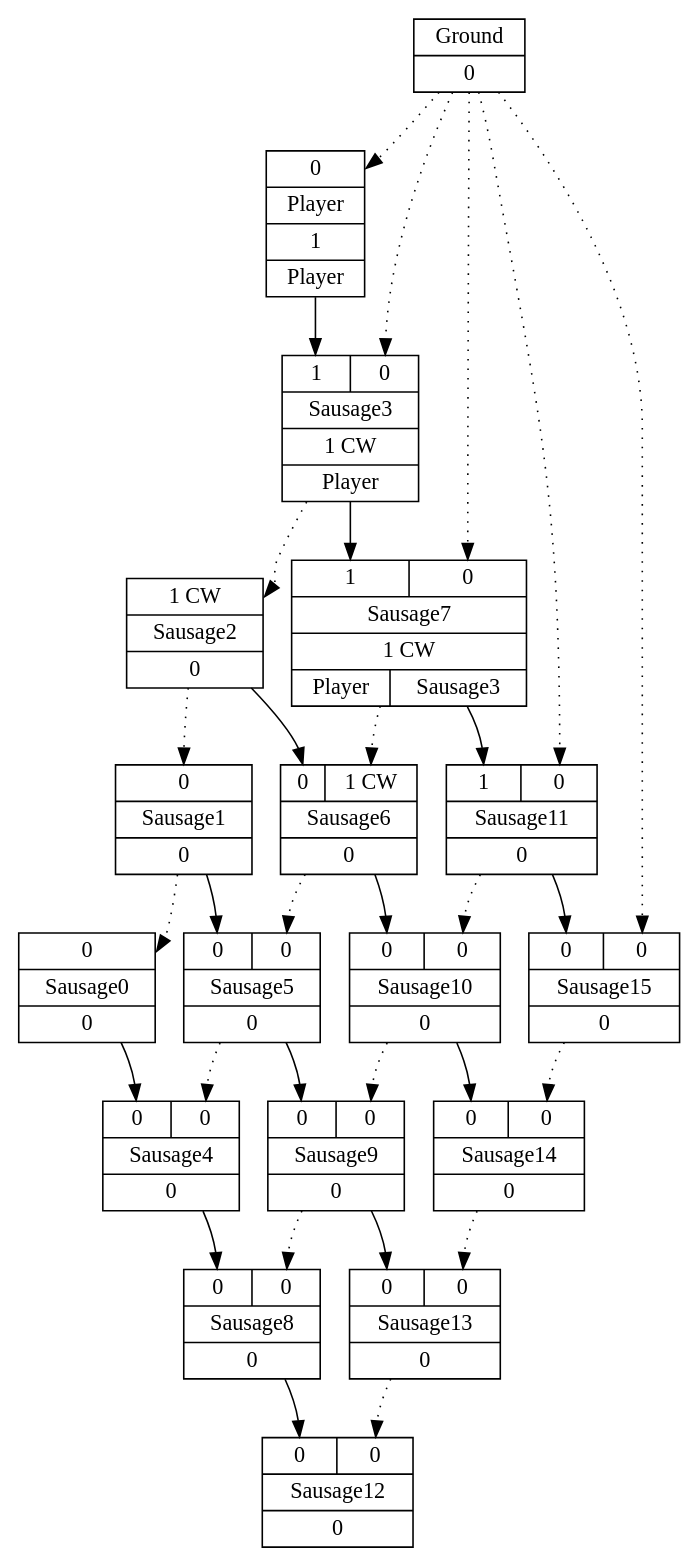
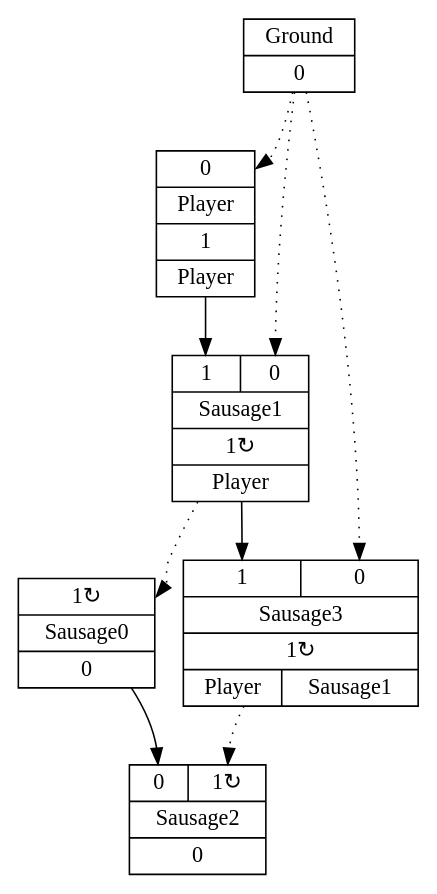
The diagram in mid/2/graph_3.gv (increpare/AbstractPropagationSim), drawn with Graphviz before and after one commit. The commit also changed 106 other files, not shown here.

```diff
--- a/mid/2/graph_3.gv
+++ b/mid/2/graph_3.gv
@@ -1,51 +1,17 @@
 digraph G {
 node [shape=record];
 Player[ label ="{{<GroundP>0}|{Player}|<PlayerOUT>1|{Player}}"];
 Ground[ label ="{{Ground}|<GroundOUT>0}"];
-Sausage3[ label ="{{<Player>1|<GroundP>0}|{Sausage3}|<Sausage3OUT>1 CW|{Player}}"];
-Sausage2[ label ="{{<Sausage3P>1 CW}|{Sausage2}|<Sausage2OUT>0}"];
-Sausage7[ label ="{{<Sausage3>1|<GroundP>0}|{Sausage7}|<Sausage7OUT>1 CW|{Player|Sausage3}}"];
-Sausage1[ label ="{{<Sausage2P>0}|{Sausage1}|<Sausage1OUT>0}"];
-Sausage6[ label ="{{<Sausage2>0|<Sausage7P>1 CW}|{Sausage6}|<Sausage6OUT>0}"];
-Sausage11[ label ="{{<Sausage7>1|<GroundP>0}|{Sausage11}|<Sausage11OUT>0}"];
-Sausage0[ label ="{{<Sausage1P>0}|{Sausage0}|<Sausage0OUT>0}"];
-Sausage5[ label ="{{<Sausage1>0|<Sausage6P>0}|{Sausage5}|<Sausage5OUT>0}"];
-Sausage10[ label ="{{<Sausage6>0|<Sausage11P>0}|{Sausage10}|<Sausage10OUT>0}"];
-Sausage15[ label ="{{<Sausage11>0|<GroundP>0}|{Sausage15}|<Sausage15OUT>0}"];
-Sausage4[ label ="{{<Sausage0>0|<Sausage5P>0}|{Sausage4}|<Sausage4OUT>0}"];
-Sausage9[ label ="{{<Sausage5>0|<Sausage10P>0}|{Sausage9}|<Sausage9OUT>0}"];
-Sausage14[ label ="{{<Sausage10>0|<Sausage15P>0}|{Sausage14}|<Sausage14OUT>0}"];
-Sausage8[ label ="{{<Sausage4>0|<Sausage9P>0}|{Sausage8}|<Sausage8OUT>0}"];
-Sausage13[ label ="{{<Sausage9>0|<Sausage14P>0}|{Sausage13}|<Sausage13OUT>0}"];
-Sausage12[ label ="{{<Sausage8>0|<Sausage13P>0}|{Sausage12}|<Sausage12OUT>0}"];
+Sausage1[ label ="{{<Player>1|<GroundP>0}|{Sausage1}|<Sausage1OUT>1&#8635;|{Player}}"];
+Sausage0[ label ="{{<Sausage1P>1&#8635;}|{Sausage0}|<Sausage0OUT>0}"];
+Sausage3[ label ="{{<Sausage1>1|<GroundP>0}|{Sausage3}|<Sausage3OUT>1&#8635;|{Player|Sausage1}}"];
+Sausage2[ label ="{{<Sausage0>0|<Sausage3P>1&#8635;}|{Sausage2}|<Sausage2OUT>0}"];
 	"Ground" -> "Player":GroundP [style=dotted];
-	"Player" -> "Sausage3":Player;
+	"Player" -> "Sausage1":Player;
+	"Ground" -> "Sausage1":GroundP [style=dotted];
+	"Sausage1" -> "Sausage0":Sausage1P [style=dotted];
+	"Sausage1" -> "Sausage3":Sausage1;
+	"Sausage0" -> "Sausage2":Sausage0;
 	"Ground" -> "Sausage3":GroundP [style=dotted];
 	"Sausage3" -> "Sausage2":Sausage3P [style=dotted];
-	"Sausage3" -> "Sausage7":Sausage3;
-	"Sausage2" -> "Sausage1":Sausage2P [style=dotted];
-	"Sausage2" -> "Sausage6":Sausage2;
-	"Ground" -> "Sausage7":GroundP [style=dotted];
-	"Sausage7" -> "Sausage6":Sausage7P [style=dotted];
-	"Sausage7" -> "Sausage11":Sausage7;
-	"Sausage1" -> "Sausage0":Sausage1P [style=dotted];
-	"Sausage1" -> "Sausage5":Sausage1;
-	"Sausage6" -> "Sausage5":Sausage6P [style=dotted];
-	"Sausage6" -> "Sausage10":Sausage6;
-	"Ground" -> "Sausage11":GroundP [style=dotted];
-	"Sausage11" -> "Sausage10":Sausage11P [style=dotted];
-	"Sausage11" -> "Sausage15":Sausage11;
-	"Sausage0" -> "Sausage4":Sausage0;
-	"Sausage5" -> "Sausage4":Sausage5P [style=dotted];
-	"Sausage5" -> "Sausage9":Sausage5;
-	"Sausage10" -> "Sausage9":Sausage10P [style=dotted];
-	"Sausage10" -> "Sausage14":Sausage10;
-	"Ground" -> "Sausage15":GroundP [style=dotted];
-	"Sausage15" -> "Sausage14":Sausage15P [style=dotted];
-	"Sausage4" -> "Sausage8":Sausage4;
-	"Sausage9" -> "Sausage8":Sausage9P [style=dotted];
-	"Sausage9" -> "Sausage13":Sausage9;
-	"Sausage14" -> "Sausage13":Sausage14P [style=dotted];
-	"Sausage8" -> "Sausage12":Sausage8;
-	"Sausage13" -> "Sausage12":Sausage13P [style=dotted];
 }
```
